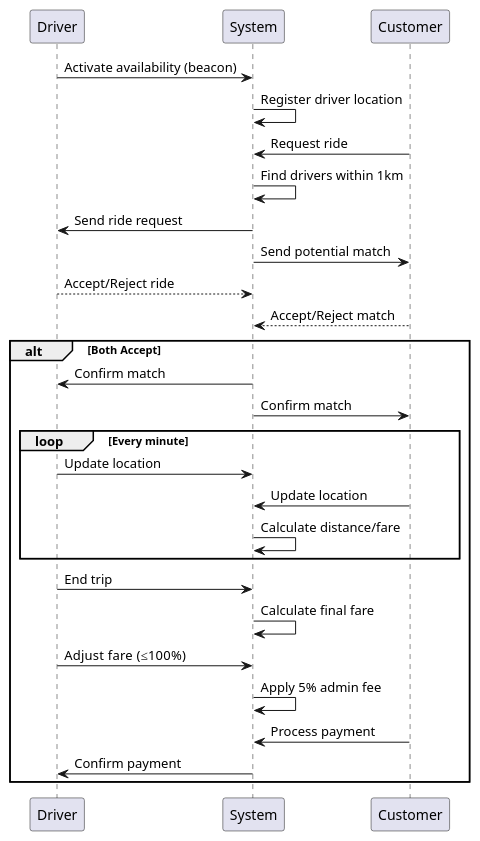
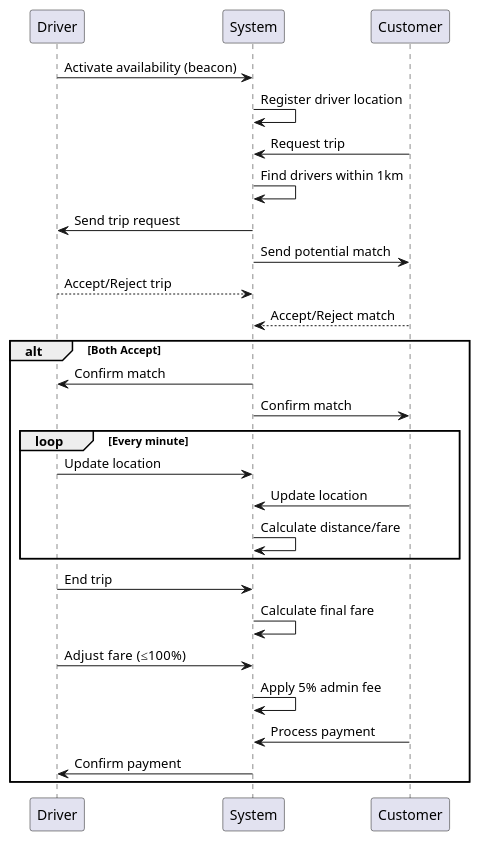
Before and after one commit to piresc/nebengjek: the diagram in docs/assessment.md, drawn with PlantUML. The commit also changed other lines of this file and 54 other files, not shown here.

````diff
--- a/docs/assessment.md
+++ b/docs/assessment.md
@@ -10,36 +10,36 @@
 ```plantuml
 @startuml NebengJek Sequence
 
 participant Driver as D
 participant System as S
 participant Customer as C
 
 D -> S: Activate availability (beacon)
 S -> S: Register driver location
-C -> S: Request ride
+C -> S: Request trip
 S -> S: Find drivers within 1km
-S -> D: Send ride request
+S -> D: Send trip request
 S -> C: Send potential match
-D --> S: Accept/Reject ride
+D --> S: Accept/Reject trip
 C --> S: Accept/Reject match
 
 alt Both Accept
     S -> D: Confirm match
     S -> C: Confirm match
     
     loop Every minute
         D -> S: Update location
         C -> S: Update location
         S -> S: Calculate distance/fare
     end
     
     D -> S: End trip
     S -> S: Calculate final fare
     D -> S: Adjust fare (≤100%)
     S -> S: Apply 5% admin fee
     C -> S: Process payment
     S -> D: Confirm payment
 end
 
 @enduml
 ```
````
